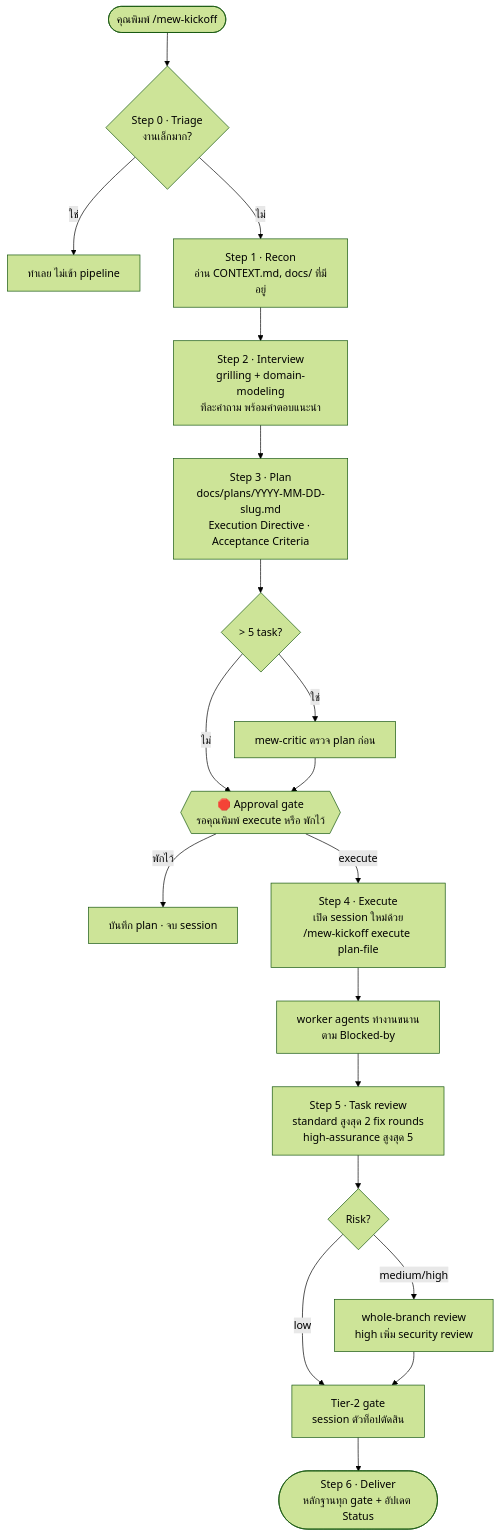
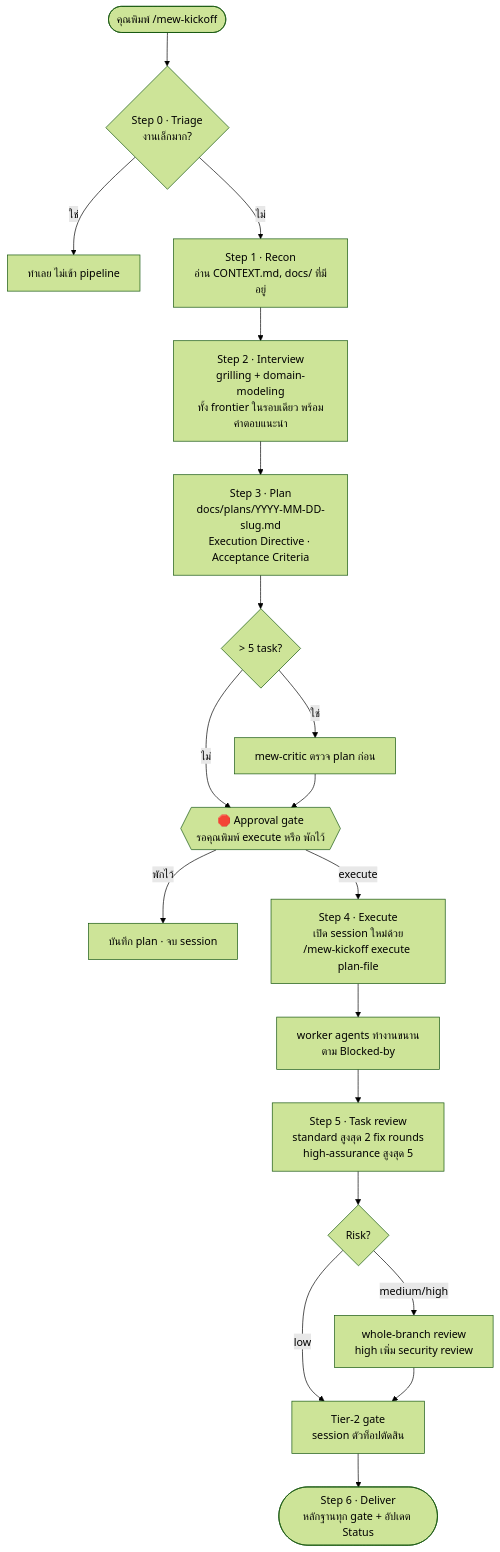
The diagram in README.md (mewic/mew-kickoff), drawn with Mermaid (forest theme) before and after one commit. The commit also changed other lines of this file and 5 other files, not shown here.

````diff
--- a/README.md
+++ b/README.md
@@ -44,23 +44,23 @@
 ```mermaid
 flowchart TD
     A([คุณพิมพ์ /mew-kickoff]) --> B{Step 0 · Triage<br/>งานเล็กมาก?}
     B -- ใช่ --> B1[ทำเลย ไม่เข้า pipeline]
     B -- ไม่ --> C[Step 1 · Recon<br/>อ่าน CONTEXT.md, docs/ ที่มีอยู่]
-    C --> D[Step 2 · Interview<br/>grilling + domain-modeling<br/>ทีละคำถาม พร้อมคำตอบแนะนำ]
+    C --> D[Step 2 · Interview<br/>grilling + domain-modeling<br/>ทั้ง frontier ในรอบเดียว พร้อมคำตอบแนะนำ]
     D --> E[Step 3 · Plan<br/>docs/plans/YYYY-MM-DD-slug.md<br/>Execution Directive · Acceptance Criteria]
     E --> E1{"> 5 task?"}
     E1 -- ใช่ --> E2[mew-critic ตรวจ plan ก่อน]
     E1 -- ไม่ --> F
     E2 --> F
     F{{"🛑 Approval gate<br/>รอคุณพิมพ์ execute หรือ พักไว้"}}
     F -- พักไว้ --> F1[บันทึก plan · จบ session]
     F -- execute --> G[Step 4 · Execute<br/>เปิด session ใหม่ด้วย<br/>/mew-kickoff execute plan-file]
     G --> H[worker agents ทำงานขนาน<br/>ตาม Blocked-by]
     H --> I[Step 5 · Task review<br/>standard สูงสุด 2 fix rounds<br/>high-assurance สูงสุด 5]
     I --> J{Risk?}
     J -- low --> K
     J -- medium/high --> J1[whole-branch review<br/>high เพิ่ม security review]
     J1 --> K
     K[Tier-2 gate<br/>session ตัวท็อปตัดสิน]
     K --> L([Step 6 · Deliver<br/>หลักฐานทุก gate + อัปเดต Status])
 ```
````
